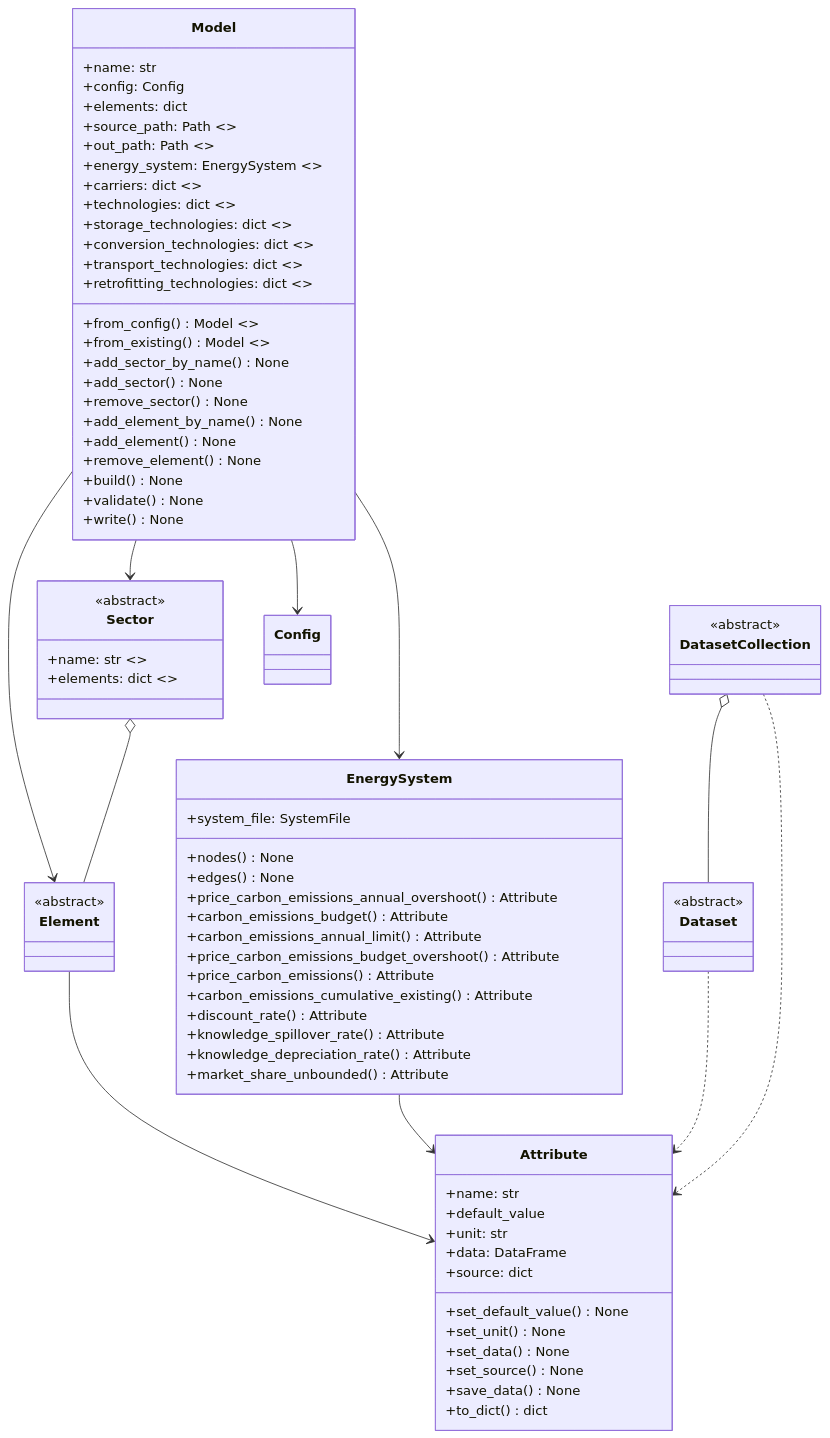
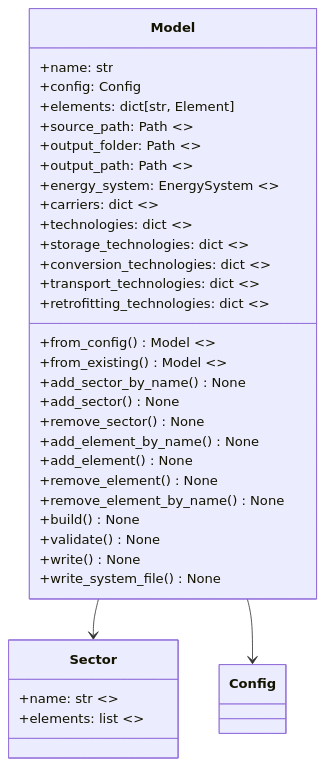
The second of 8 diagrams in docs/files/developer_guide/class_diagram.rst (ZEN-universe/ZEN-creator), drawn with Mermaid before and after one commit. The commit also changed other lines of this file and 4 other files, not shown here.

```diff
--- a/docs/files/developer_guide/class_diagram.rst
+++ b/docs/files/developer_guide/class_diagram.rst
@@ -11,9 +57,10 @@
        class Model {
            +name: str
            +config: Config
-           +elements: dict
+           +elements: dict[str, Element]
            +source_path: Path <<property>>
-           +out_path: Path <<property>>
+           +output_folder: Path <<property>>
+           +output_path: Path <<property>>
            +energy_system: EnergySystem <<property>>
            +carriers: dict <<property>>
            +technologies: dict <<property>>
@@ -29,64 +76,19 @@
            +add_element_by_name() None
            +add_element() None
            +remove_element() None
+           +remove_element_by_name() None
            +build() None
            +validate() None
            +write() None
-        }
-        class Sector {
+           +write_system_file() None
+       }
+
+       class Sector {
            +name: str <<class attribute>>
-           +elements: dict <<property>>
-        }
-        class Element{
-        }
-        class DatasetCollection{
-        }
-        class Dataset{
-        }
-        class Config{
-        }
-        class EnergySystem{
-           +system_file: SystemFile
-           +nodes() None
-           +edges() None
-           +price_carbon_emissions_annual_overshoot() Attribute
-           +carbon_emissions_budget() Attribute
-           +carbon_emissions_annual_limit() Attribute
-           +price_carbon_emissions_budget_overshoot() Attribute
-           +price_carbon_emissions() Attribute
-           +carbon_emissions_cumulative_existing() Attribute
-           +discount_rate() Attribute
-           +knowledge_spillover_rate() Attribute
-           +knowledge_depreciation_rate() Attribute
-           +market_share_unbounded() Attribute
-        }
-        class Attribute{
-            +name: str
-            +default_value
-            +unit: str
-            +data: DataFrame
-            +source: dict
-            +set_default_value() None
-            +set_unit() None
-            +set_data() None
-            +set_source() None
-            +save_data() None 
-            +to_dict() dict
+           +elements: list <<property>>
+       }
 
-        }
+       class Config
 
-       <<abstract>> Sector
-       <<abstract>> Dataset
-       <<abstract>> Element
-       <<abstract>> DatasetCollection
-
-        DatasetCollection o-- Dataset
-        Model --> Sector
-        Model --> Element
-        Model --> EnergySystem
-        Model --> Config
-        Element --> Attribute
-        EnergySystem --> Attribute
-        Dataset ..> Attribute
-        DatasetCollection ..> Attribute
-        Sector o-- Element
+       Model --> Sector
+       Model --> Config
```
